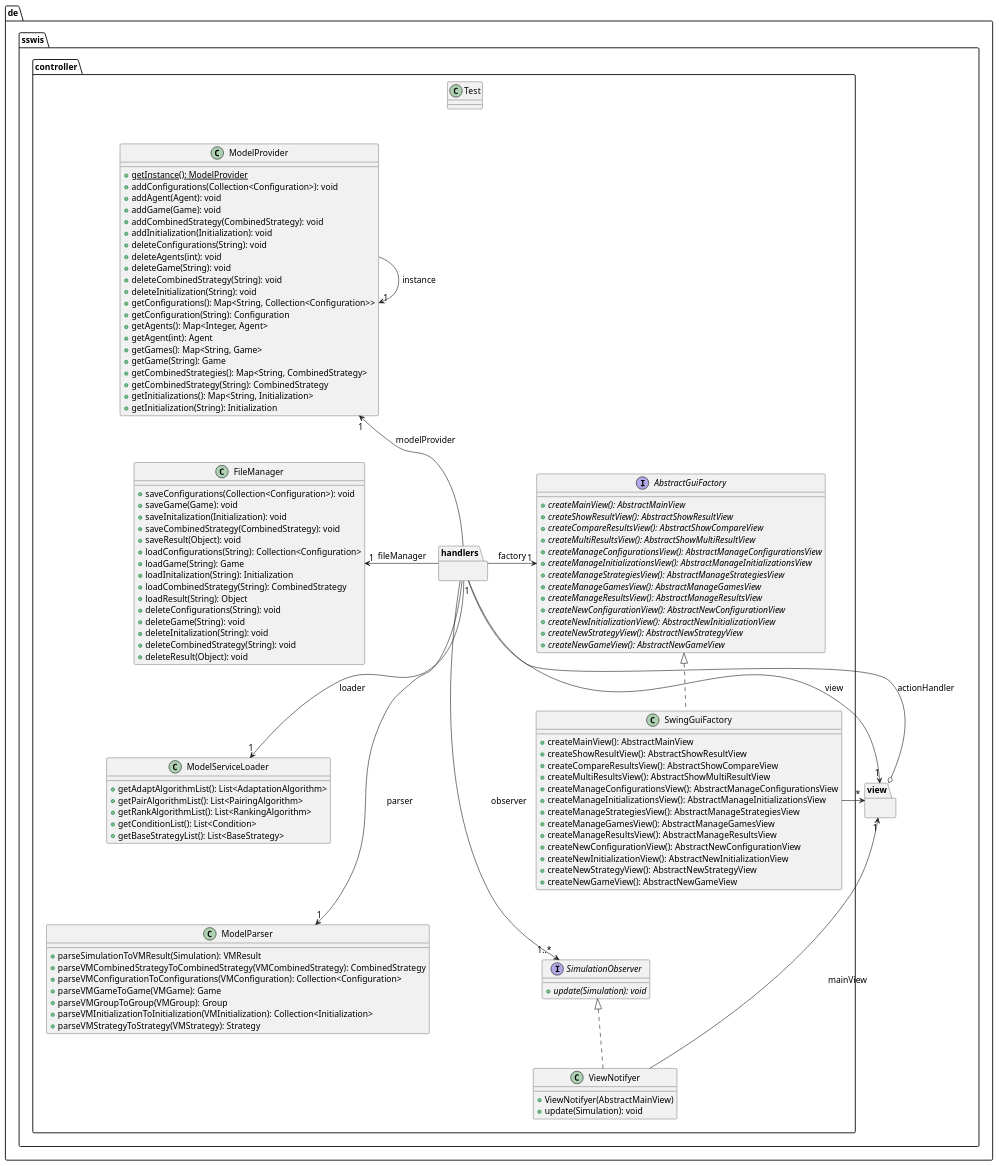
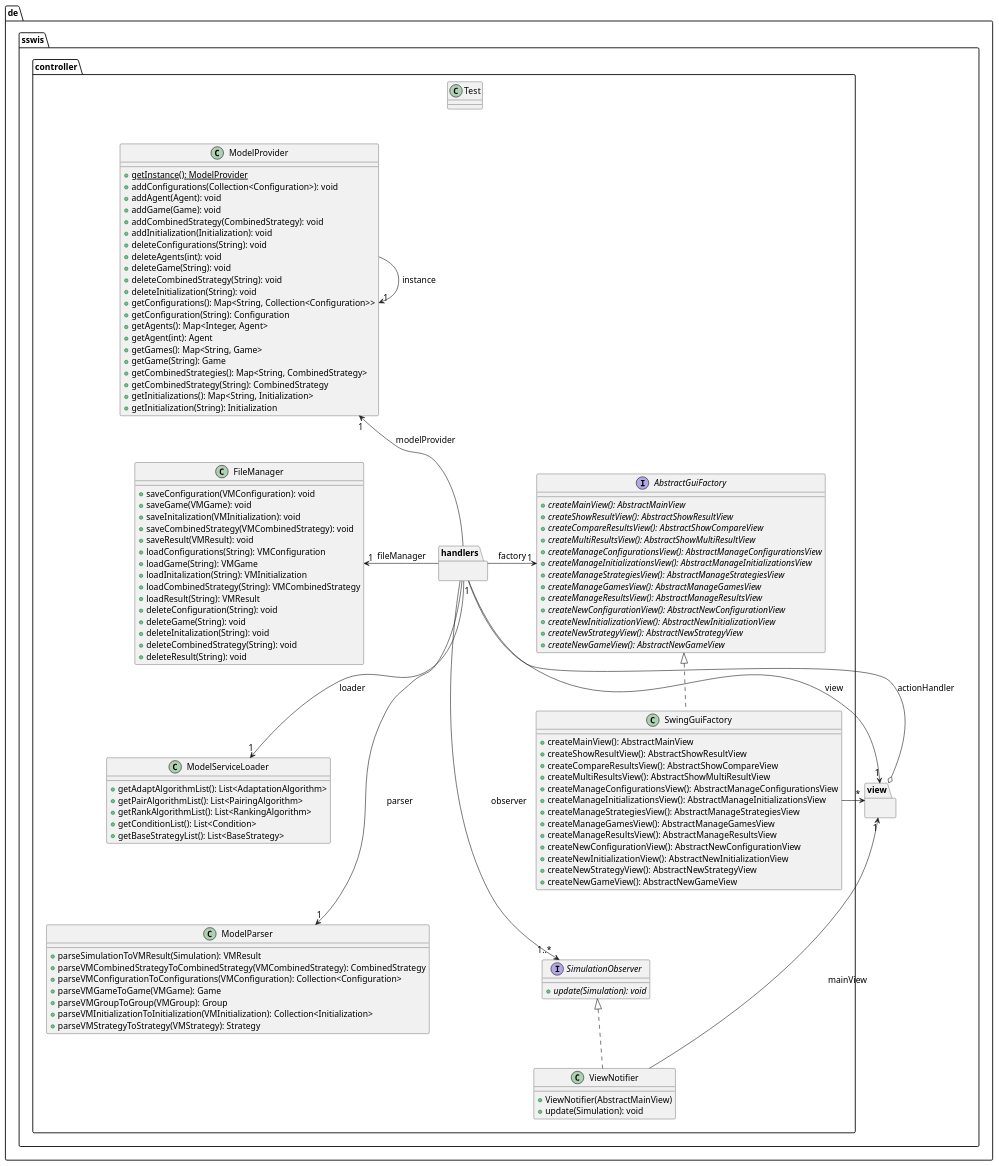
Before and after one commit to max-97/pse: the diagram in Entwurf/Diagramme/Controller_package.puml, drawn with PlantUML. The commit also changed 1 other file, not shown here.

```diff
--- a/Entwurf/Diagramme/Controller_package.puml
+++ b/Entwurf/Diagramme/Controller_package.puml
@@ -1,158 +1,158 @@
 @startuml
 skinparam defaultFontSize 15
 
     namespace de.sswis.view {
 
     }
 
     namespace de.sswis.controller {
 
 
         namespace de.sswis.controller.handlers {
         }
         together {
 
             class de.sswis.controller.ModelServiceLoader [[ModelServiceLoader.html]] {
                         +getAdaptAlgorithmList(): List<AdaptationAlgorithm>
                         +getPairAlgorithmList(): List<PairingAlgorithm>
                         +getRankAlgorithmList(): List<RankingAlgorithm>
                         +getConditionList(): List<Condition>
                         +getBaseStrategyList(): List<BaseStrategy>
                     }
 
             class de.sswis.controller.ModelParser [[ModelParser.html]] {
                         +parseSimulationToVMResult(Simulation): VMResult
                         +parseVMCombinedStrategyToCombinedStrategy(VMCombinedStrategy): CombinedStrategy
                         +parseVMConfigurationToConfigurations(VMConfiguration): Collection<Configuration>
                         +parseVMGameToGame(VMGame): Game
                         +parseVMGroupToGroup(VMGroup): Group
                         +parseVMInitializationToInitialization(VMInitialization): Collection<Initialization>
                         +parseVMStrategyToStrategy(VMStrategy): Strategy
                     }
 
             class de.sswis.controller.FileManager [[FileManager.html]] {
-                +saveConfigurations(Collection<Configuration>): void
-                +saveGame(Game): void
-                +saveInitalization(Initialization): void
-                +saveCombinedStrategy(CombinedStrategy): void
-                +saveResult(Object): void
-                +loadConfigurations(String): Collection<Configuration>
-                +loadGame(String): Game
-                +loadInitalization(String): Initialization
-                +loadCombinedStrategy(String): CombinedStrategy
-                +loadResult(String): Object
-                +deleteConfigurations(String): void
+                +saveConfiguration(VMConfiguration): void
+                +saveGame(VMGame): void
+                +saveInitalization(VMInitialization): void
+                +saveCombinedStrategy(VMCombinedStrategy): void
+                +saveResult(VMResult): void
+                +loadConfigurations(String): VMConfiguration
+                +loadGame(String): VMGame
+                +loadInitalization(String): VMInitialization
+                +loadCombinedStrategy(String): VMCombinedStrategy
+                +loadResult(String): VMResult
+                +deleteConfiguration(String): void
                 +deleteGame(String): void
                 +deleteInitalization(String): void
                 +deleteCombinedStrategy(String): void
-                +deleteResult(Object): void
+                +deleteResult(String): void
             }
 
             class de.sswis.controller.ModelProvider [[ModelProvider.html]] {
                 {static} +getInstance(): ModelProvider
                 +addConfigurations(Collection<Configuration>): void
                 +addAgent(Agent): void
                 +addGame(Game): void
                 +addCombinedStrategy(CombinedStrategy): void
                 +addInitialization(Initialization): void
                 +deleteConfigurations(String): void
                 +deleteAgents(int): void
                 +deleteGame(String): void
                 +deleteCombinedStrategy(String): void
                 +deleteInitialization(String): void
                 +getConfigurations(): Map<String, Collection<Configuration>>
                 +getConfiguration(String): Configuration
                 +getAgents(): Map<Integer, Agent>
                 +getAgent(int): Agent
                 +getGames(): Map<String, Game>
                 +getGame(String): Game
                 +getCombinedStrategies(): Map<String, CombinedStrategy>
                 +getCombinedStrategy(String): CombinedStrategy
                 +getInitializations(): Map<String, Initialization>
                 +getInitialization(String): Initialization
             }
         }
 
         together {
             interface de.sswis.controller.AbstractGuiFactory [[AbstractGuiFactory.html]] {
                 {abstract} +createMainView(): AbstractMainView
                 {abstract} +createShowResultView(): AbstractShowResultView
                 {abstract} +createCompareResultsView(): AbstractShowCompareView
                 {abstract} +createMultiResultsView(): AbstractShowMultiResultView
                 {abstract} +createManageConfigurationsView(): AbstractManageConfigurationsView
                 {abstract} +createManageInitializationsView(): AbstractManageInitializationsView
                 {abstract} +createManageStrategiesView(): AbstractManageStrategiesView
                 {abstract} +createManageGamesView(): AbstractManageGamesView
                 {abstract} +createManageResultsView(): AbstractManageResultsView
                 {abstract} +createNewConfigurationView(): AbstractNewConfigurationView
                 {abstract} +createNewInitializationView(): AbstractNewInitializationView
                 {abstract} +createNewStrategyView(): AbstractNewStrategyView
                 {abstract} +createNewGameView(): AbstractNewGameView
             }
 
             class de.sswis.controller.SwingGuiFactory [[SwingGuiFactory.html]] {
                 +createMainView(): AbstractMainView
                 +createShowResultView(): AbstractShowResultView
                 +createCompareResultsView(): AbstractShowCompareView
                 +createMultiResultsView(): AbstractShowMultiResultView
                 +createManageConfigurationsView(): AbstractManageConfigurationsView
                 +createManageInitializationsView(): AbstractManageInitializationsView
                 +createManageStrategiesView(): AbstractManageStrategiesView
                 +createManageGamesView(): AbstractManageGamesView
                 +createManageResultsView(): AbstractManageResultsView
                 +createNewConfigurationView(): AbstractNewConfigurationView
                 +createNewInitializationView(): AbstractNewInitializationView
                 +createNewStrategyView(): AbstractNewStrategyView
                 +createNewGameView(): AbstractNewGameView
             }
 
         }
 
         together {
 
             interface de.sswis.controller.SimulationObserver [[SimulationObserver.html]] {
                         {abstract} +update(Simulation): void
             }
 
-            class de.sswis.controller.ViewNotifyer [[ViewNotifyer.html]] {
-                        +ViewNotifyer(AbstractMainView)
+            class de.sswis.controller.ViewNotifier [[ViewNotifier.html]] {
+                        +ViewNotifier(AbstractMainView)
                         +update(Simulation): void
             }
 
         }
 
 
         de.sswis.controller.Test -[hidden]--> de.sswis.controller.handlers
         hide de.sswis.controller.Test
 
         de.sswis.controller.ModelProvider -[hidden]-> de.sswis.controller.FileManager
         de.sswis.controller.ModelProvider -[hidden]> de.sswis.controller.handlers
         de.sswis.controller.ModelProvider -[hidden]--> de.sswis.controller.handlers
         de.sswis.controller.ModelProvider -[hidden]--> de.sswis.controller.ModelParser
         de.sswis.controller.FileManager -[hidden]-> de.sswis.controller.ModelServiceLoader
         de.sswis.controller.FileManager -[hidden]> de.sswis.controller.handlers
         de.sswis.controller.ModelServiceLoader -[hidden]> de.sswis.controller.handlers
         de.sswis.controller.ModelServiceLoader -[hidden]-> de.sswis.controller.ModelParser
 
         de.sswis.controller.handlers -[hidden]> de.sswis.controller.AbstractGuiFactory
         de.sswis.controller.handlers -[hidden]> de.sswis.controller.SimulationObserver
         de.sswis.controller.ModelParser -[hidden]> de.sswis.controller.handlers
 
         de.sswis.controller.SwingGuiFactory -[hidden]-> de.sswis.controller.SimulationObserver
 
         de.sswis.view o-- "1" de.sswis.controller.handlers : actionHandler
         de.sswis.controller.handlers --> "1" de.sswis.view : view
         de.sswis.controller.handlers --> "1" de.sswis.controller.AbstractGuiFactory : factory
         de.sswis.controller.handlers -> "1" de.sswis.controller.FileManager :fileManager
         de.sswis.controller.handlers -> "1" de.sswis.controller.ModelServiceLoader : loader
         de.sswis.controller.handlers --> "1" de.sswis.controller.ModelProvider : modelProvider
         de.sswis.controller.handlers --> "1..*" de.sswis.controller.SimulationObserver : observer
         de.sswis.controller.handlers -> "1" de.sswis.controller.ModelParser : parser
         de.sswis.controller.ModelProvider -> "1" de.sswis.controller.ModelProvider: instance
         de.sswis.controller.SwingGuiFactory -> "*" de.sswis.view
-        de.sswis.controller.ViewNotifyer -> "1" de.sswis.view : mainView
+        de.sswis.controller.ViewNotifier -> "1" de.sswis.view : mainView
         de.sswis.controller.AbstractGuiFactory <|.. de.sswis.controller.SwingGuiFactory
-        de.sswis.controller.SimulationObserver <|.. de.sswis.controller.ViewNotifyer
+        de.sswis.controller.SimulationObserver <|.. de.sswis.controller.ViewNotifier
     }
 
 @enduml
```
